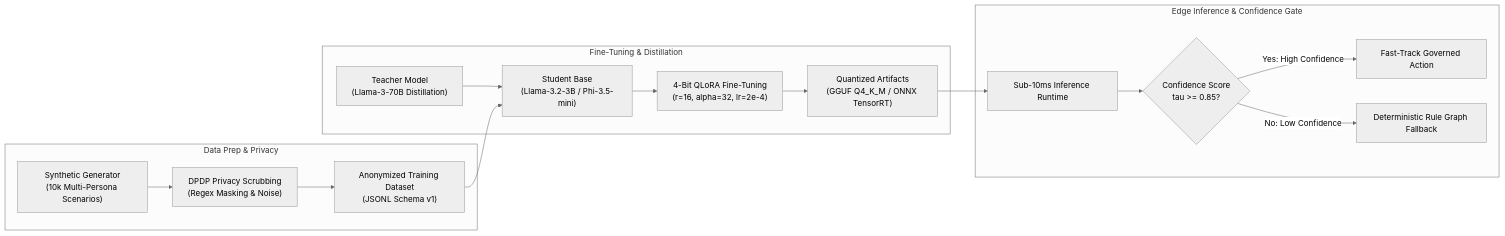
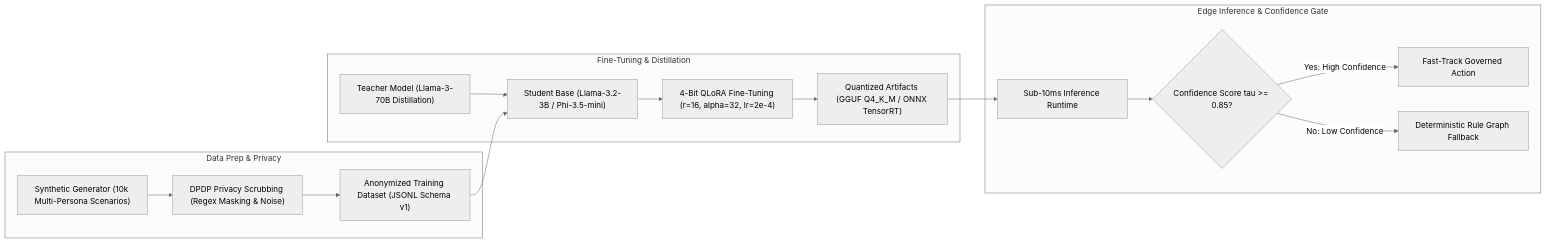
One commit to invexora/saarthi-yono-copilot changed the second of 2 diagrams in docs/ARCHITECTURE.md. Above: the diagram before and after it, drawn with Mermaid (neutral theme). The commit also changed other lines of this file and 6 other files, not shown here.

Commit message:
docs: add DPDP, Nudge Budget, Cryptographic Ledger, and Neo4j Graph RAG diagrams with live deployed link

````diff
--- a/docs/ARCHITECTURE.md
+++ b/docs/ARCHITECTURE.md
@@ -73,29 +76,21 @@
 ```mermaid
 flowchart LR
   subgraph DataPipeline["Data Prep & Privacy"]
-    D1["Synthetic Generator
-(10k Multi-Persona Scenarios)"] --> D2["DPDP Privacy Scrubbing
-(Regex Masking & Noise)"]
-    D2 --> D3["Anonymized Training Dataset
-(JSONL Schema v1)"]
+    D1["Synthetic Generator (10k Multi-Persona Scenarios)"] --> D2["DPDP Privacy Scrubbing (Regex Masking & Noise)"]
+    D2 --> D3["Anonymized Training Dataset (JSONL Schema v1)"]
   end
 
   subgraph TrainingPipeline["Fine-Tuning & Distillation"]
-    T1["Teacher Model
-(Llama-3-70B Distillation)"] --> T2["Student Base
-(Llama-3.2-3B / Phi-3.5-mini)"]
+    T1["Teacher Model (Llama-3-70B Distillation)"] --> T2["Student Base (Llama-3.2-3B / Phi-3.5-mini)"]
     D3 --> T2
-    T2 --> T3["4-Bit QLoRA Fine-Tuning
-(r=16, alpha=32, lr=2e-4)"]
-    T3 --> T4["Quantized Artifacts
-(GGUF Q4_K_M / ONNX TensorRT)"]
+    T2 --> T3["4-Bit QLoRA Fine-Tuning (r=16, alpha=32, lr=2e-4)"]
+    T3 --> T4["Quantized Artifacts (GGUF Q4_K_M / ONNX TensorRT)"]
   end
 
   subgraph InferenceEngine["Edge Inference & Confidence Gate"]
     T4 --> I1["Sub-10ms Inference Runtime"]
-    I1 --> I2{"Confidence Score
-tau >= 0.85?"}
+    I1 --> I2{"Confidence Score tau >= 0.85?"}
     I2 -->|Yes: High Confidence| I3["Fast-Track Governed Action"]
     I2 -->|No: Low Confidence| I4["Deterministic Rule Graph Fallback"]
   end
 ```
````
